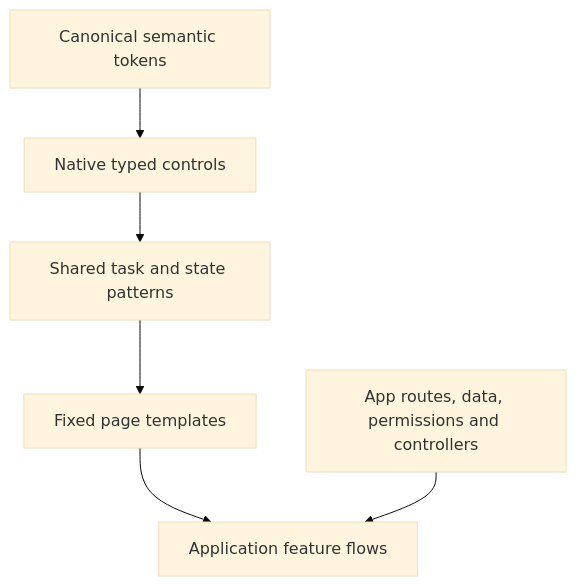
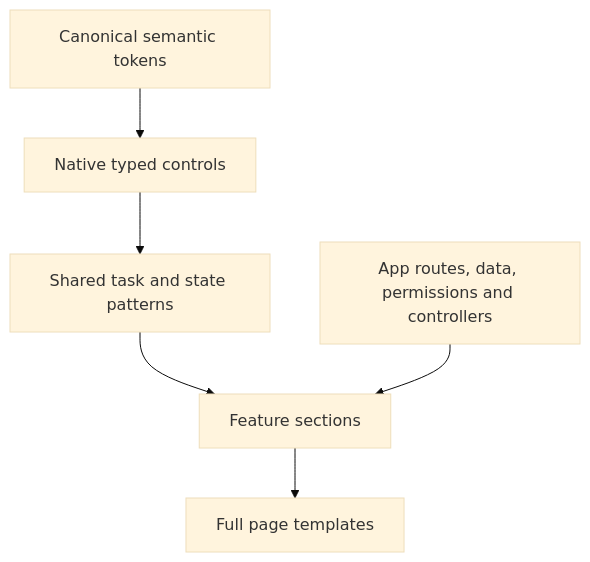
The diagram in docs/LAYOUTS-AND-USAGE.md (Ten98-IO-Company/ten98-design-system), drawn with Mermaid (base theme) before and after one commit. The commit also changed other lines of this file and 85 other files, not shown here.

Commit message:
Separate feature flows from full page templates and standardize spacing

````diff
--- a/docs/LAYOUTS-AND-USAGE.md
+++ b/docs/LAYOUTS-AND-USAGE.md
@@ -37,8 +37,8 @@
 ```mermaid
 flowchart TD
   Tokens[Canonical semantic tokens] --> Controls[Native typed controls]
   Controls --> Patterns[Shared task and state patterns]
-  Patterns --> Templates[Fixed page templates]
-  Templates --> Flows[Application feature flows]
+  Patterns --> Flows[Feature sections]
+  Flows --> Templates[Full page templates]
   Controllers[App routes, data, permissions and controllers] --> Flows
 ```
````
